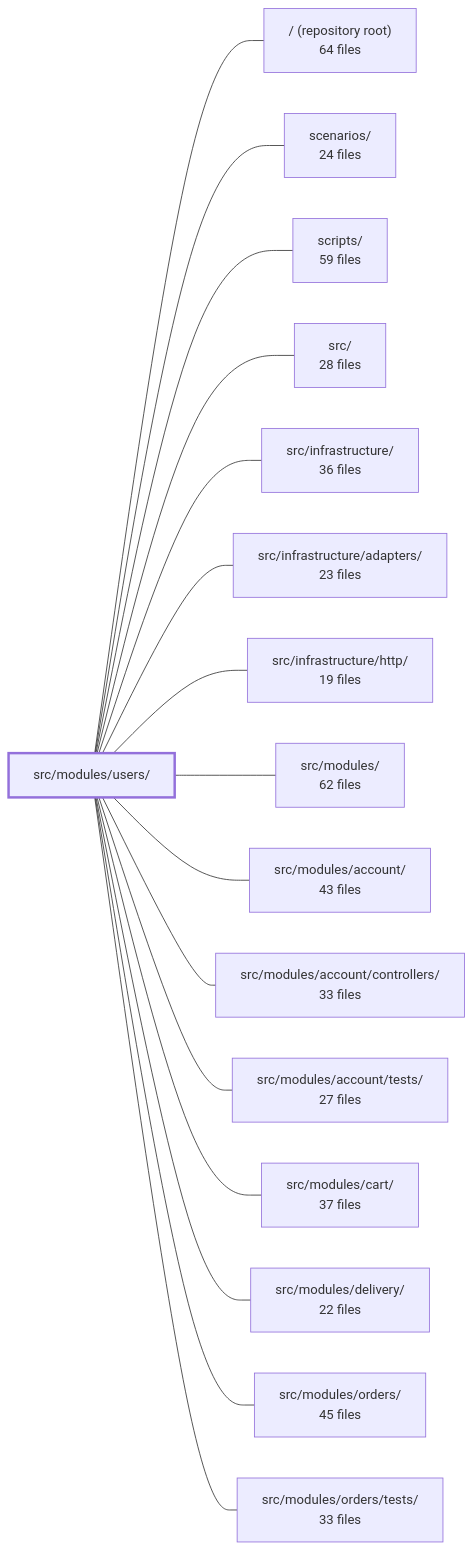
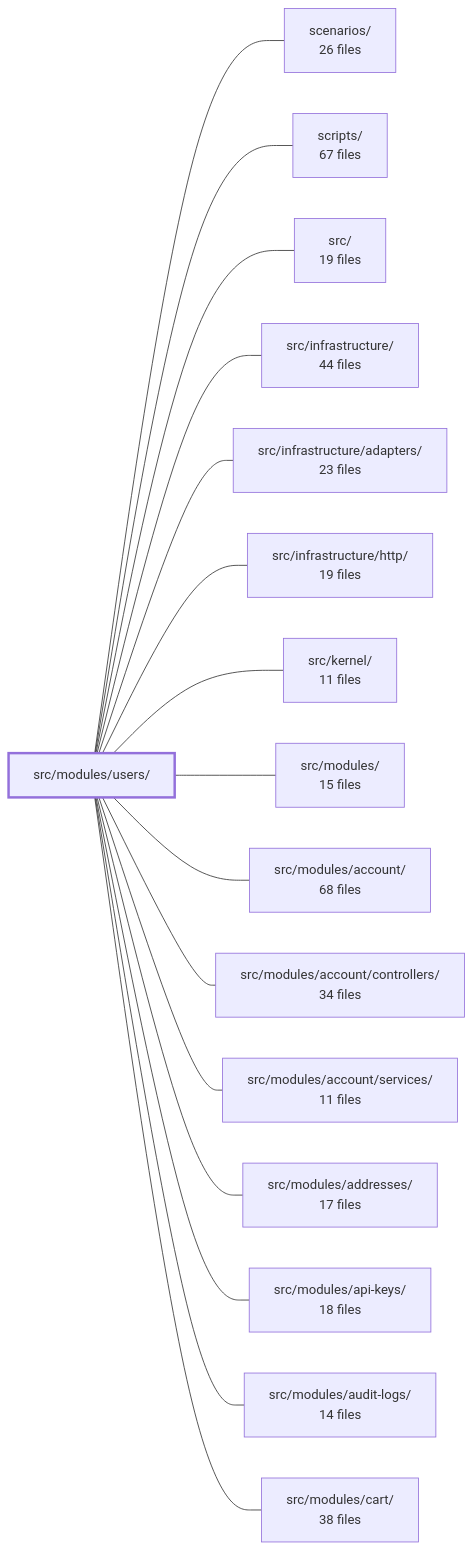
One commit to Guebbit/boilerplate-node-backend changed the diagram in .2brain/modules/boilerplate-node-backend_src_modules_users.md. Above: the diagram before and after it, drawn with Mermaid. The commit also changed other lines of this file and 137 other files, not shown here.

````diff
--- a/.2brain/modules/boilerplate-node-backend_src_modules_users.md
+++ b/.2brain/modules/boilerplate-node-backend_src_modules_users.md
@@ -41,35 +55,35 @@
 ```mermaid
 flowchart LR
     m_src_modules_users["src/modules/users/"]
-    m_root["/ (repository root)<br/>64 files"]
-    m_scenarios["scenarios/<br/>24 files"]
-    m_scripts["scripts/<br/>59 files"]
-    m_src["src/<br/>28 files"]
-    m_src_infrastructure["src/infrastructure/<br/>36 files"]
+    m_scenarios["scenarios/<br/>26 files"]
+    m_scripts["scripts/<br/>67 files"]
+    m_src["src/<br/>19 files"]
+    m_src_infrastructure["src/infrastructure/<br/>44 files"]
     m_src_infrastructure_adapters["src/infrastructure/adapters/<br/>23 files"]
     m_src_infrastructure_http["src/infrastructure/http/<br/>19 files"]
-    m_src_modules["src/modules/<br/>62 files"]
-    m_src_modules_account["src/modules/account/<br/>43 files"]
-    m_src_modules_account_controllers["src/modules/account/controllers/<br/>33 files"]
-    m_src_modules_account_tests["src/modules/account/tests/<br/>27 files"]
-    m_src_modules_cart["src/modules/cart/<br/>37 files"]
-    m_src_modules_delivery["src/modules/delivery/<br/>22 files"]
-    m_src_modules_orders["src/modules/orders/<br/>45 files"]
-    m_src_modules_orders_tests["src/modules/orders/tests/<br/>33 files"]
-    m_src_modules_users --- m_root
+    m_src_kernel["src/kernel/<br/>11 files"]
+    m_src_modules["src/modules/<br/>15 files"]
+    m_src_modules_account["src/modules/account/<br/>68 files"]
+    m_src_modules_account_controllers["src/modules/account/controllers/<br/>34 files"]
+    m_src_modules_account_services["src/modules/account/services/<br/>11 files"]
+    m_src_modules_addresses["src/modules/addresses/<br/>17 files"]
+    m_src_modules_api_keys["src/modules/api-keys/<br/>18 files"]
+    m_src_modules_audit_logs["src/modules/audit-logs/<br/>14 files"]
+    m_src_modules_cart["src/modules/cart/<br/>38 files"]
     m_src_modules_users --- m_scenarios
     m_src_modules_users --- m_scripts
     m_src_modules_users --- m_src
     m_src_modules_users --- m_src_infrastructure
     m_src_modules_users --- m_src_infrastructure_adapters
     m_src_modules_users --- m_src_infrastructure_http
+    m_src_modules_users --- m_src_kernel
     m_src_modules_users --- m_src_modules
     m_src_modules_users --- m_src_modules_account
     m_src_modules_users --- m_src_modules_account_controllers
-    m_src_modules_users --- m_src_modules_account_tests
+    m_src_modules_users --- m_src_modules_account_services
+    m_src_modules_users --- m_src_modules_addresses
+    m_src_modules_users --- m_src_modules_api_keys
+    m_src_modules_users --- m_src_modules_audit_logs
     m_src_modules_users --- m_src_modules_cart
-    m_src_modules_users --- m_src_modules_delivery
-    m_src_modules_users --- m_src_modules_orders
-    m_src_modules_users --- m_src_modules_orders_tests
     style m_src_modules_users stroke-width:3px
 ```
````
